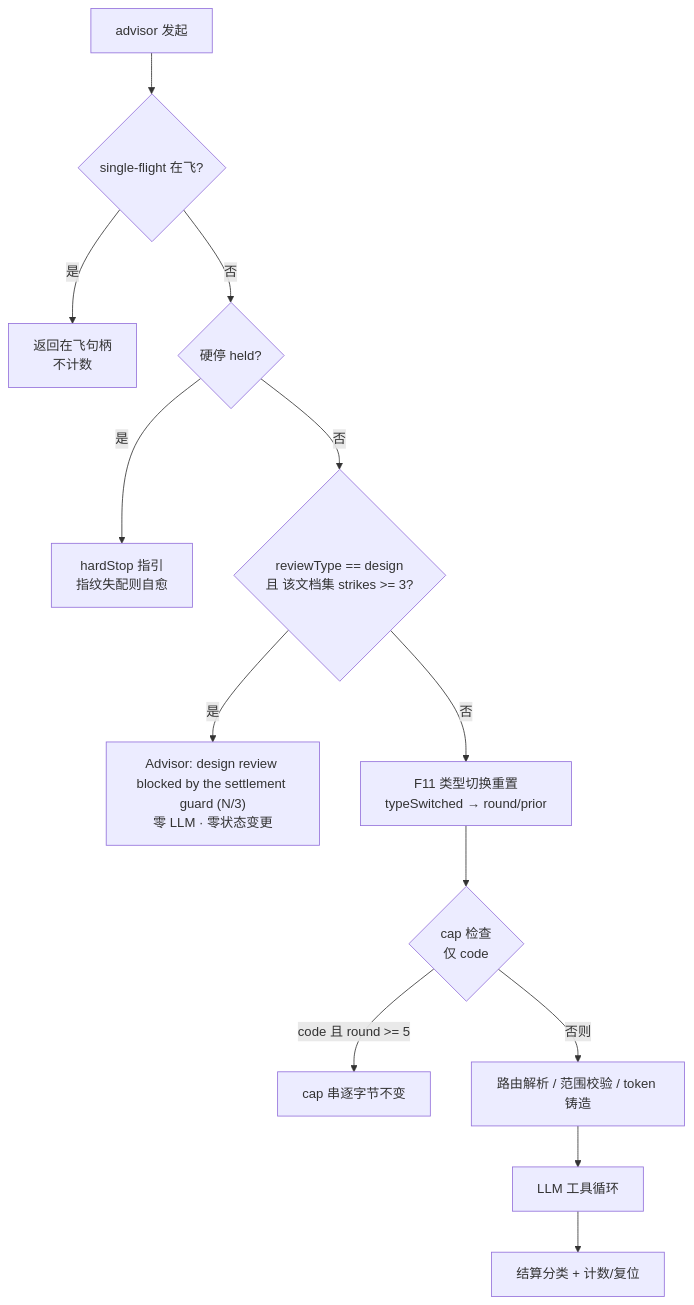
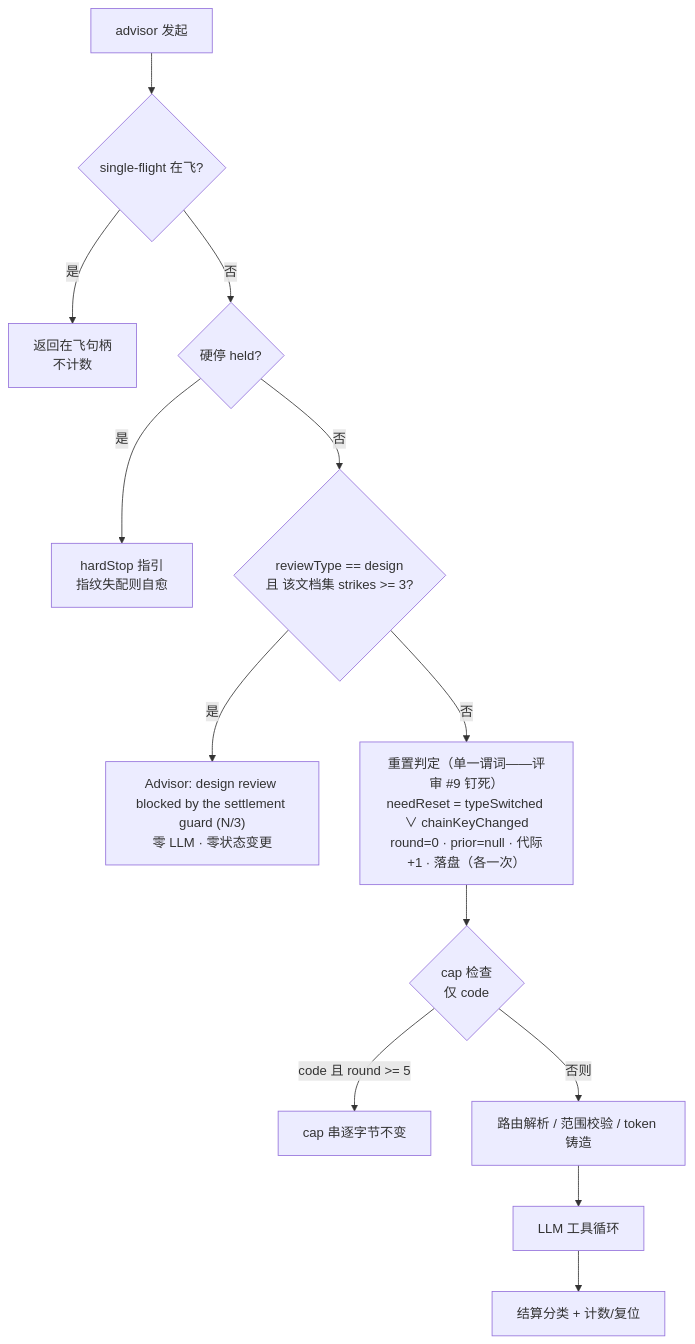
Before and after one commit to shenhuanageshei/dsh-thincoder-suite: the first of 2 diagrams in docs/2026-09-13-design-review-guard-design.md, drawn with Mermaid. The commit also changed other lines of this file and 10 other files, not shown here.

````diff
--- a/docs/2026-09-13-design-review-guard-design.md
+++ b/docs/2026-09-13-design-review-guard-design.md
@@ -101,15 +101,15 @@
 ```mermaid
 flowchart TD
   A[advisor 发起] --> B{single-flight 在飞?}
   B -- 是 --> Z1[返回在飞句柄<br/>不计数]
   B -- 否 --> C{硬停 held?}
   C -- 是 --> Z2[hardStop 指引<br/>指纹失配则自愈]
   C -- 否 --> D{reviewType == design<br/>且 该文档集 strikes >= 3?}
   D -- 是 --> Z3["Advisor: design review blocked by the settlement guard (N/3)<br/>零 LLM · 零状态变更"]
-  D -- 否 --> E[F11 类型切换重置<br/>typeSwitched → round/prior]
+  D -- 否 --> E["重置判定（单一谓词——评审 #9 钉死）<br/>needReset = typeSwitched ∨ chainKeyChanged<br/>round=0 · prior=null · 代际+1 · 落盘（各一次）"]
   E --> F{cap 检查<br/>仅 code}
   F -- "code 且 round >= 5" --> Z4[cap 串逐字节不变]
   F -- 否则 --> G[路由解析 / 范围校验 / token 铸造]
   G --> H[LLM 工具循环]
   H --> I[结算分类 + 计数/复位]
 ```
````
